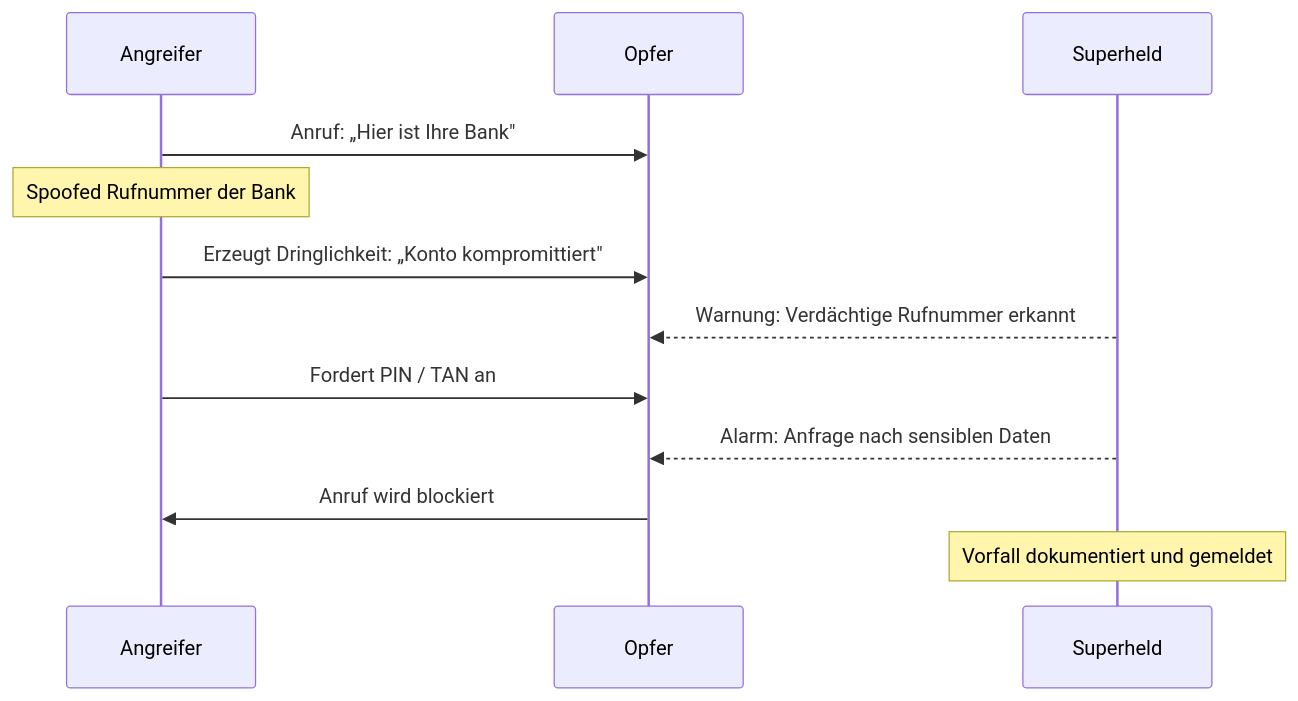
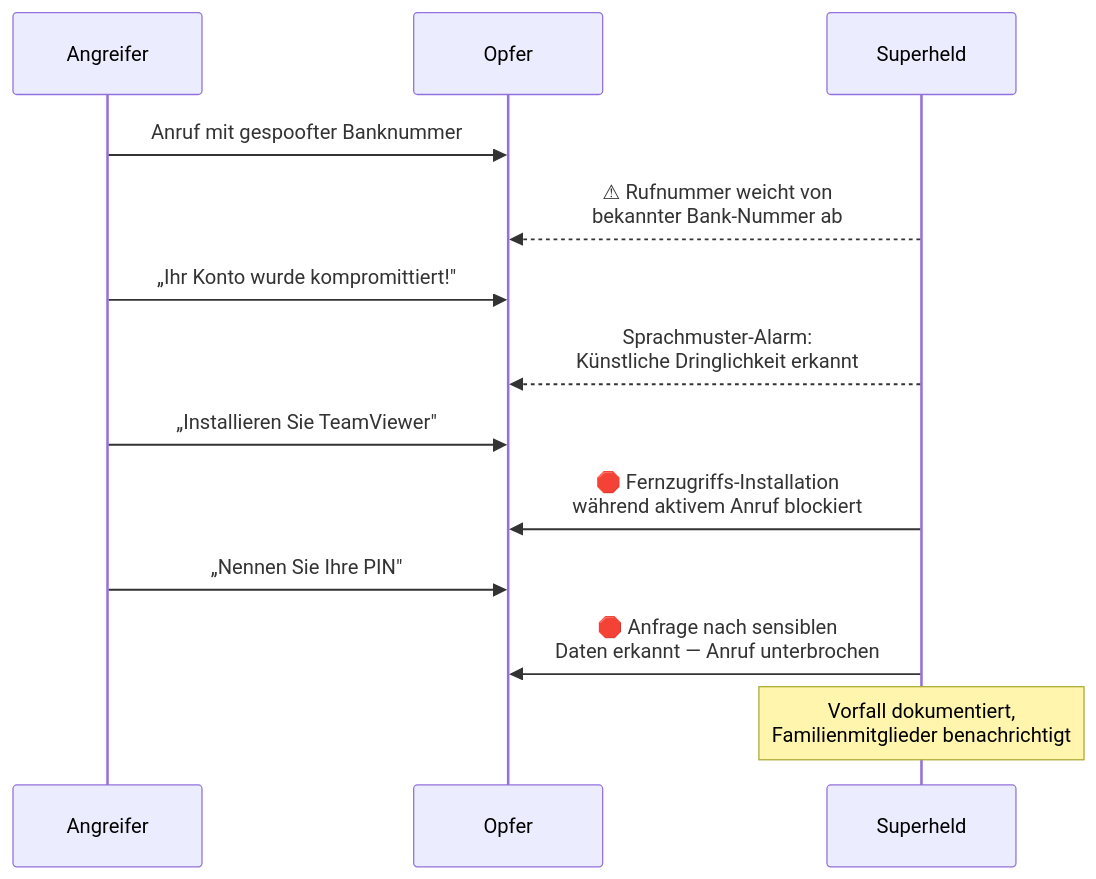
Before and after one commit to benediktpoller/docs.superheld.app: the diagram in astro-site/src/content/docs/experts/threat-model.mdx, drawn with Mermaid. The commit also changed other lines of this file and 18 other files, not shown here.

````diff
--- a/astro-site/src/content/docs/experts/threat-model.mdx
+++ b/astro-site/src/content/docs/experts/threat-model.mdx
@@ -36,15 +107,16 @@
 ```mermaid
 sequenceDiagram
-    participant Angreifer
-    participant Opfer
-    participant Superheld
+    participant A as Angreifer
+    participant O as Opfer
+    participant S as Superheld
 
-    Angreifer->>Opfer: Anruf: „Hier ist Ihre Bank"
-    Note over Angreifer: Spoofed Rufnummer der Bank
-    Angreifer->>Opfer: Erzeugt Dringlichkeit: „Konto kompromittiert"
-    Superheld-->>Opfer: Warnung: Verdächtige Rufnummer erkannt
-    Angreifer->>Opfer: Fordert PIN / TAN an
-    Superheld-->>Opfer: Alarm: Anfrage nach sensiblen Daten
-    Opfer->>Angreifer: Anruf wird blockiert
-    Note over Superheld: Vorfall dokumentiert und gemeldet
+    A->>O: Anruf mit gespoofter Banknummer
+    S-->>O: ⚠ Rufnummer weicht von<br/>bekannter Bank-Nummer ab
+    A->>O: „Ihr Konto wurde kompromittiert!"
+    S-->>O: Sprachmuster-Alarm:<br/>Künstliche Dringlichkeit erkannt
+    A->>O: „Installieren Sie TeamViewer"
+    S->>O: 🛑 Fernzugriffs-Installation<br/>während aktivem Anruf blockiert
+    A->>O: „Nennen Sie Ihre PIN"
+    S->>O: 🛑 Anfrage nach sensiblen<br/>Daten erkannt — Anruf unterbrochen
+    Note over S: Vorfall dokumentiert,<br/>Familienmitglieder benachrichtigt
 ```
````
